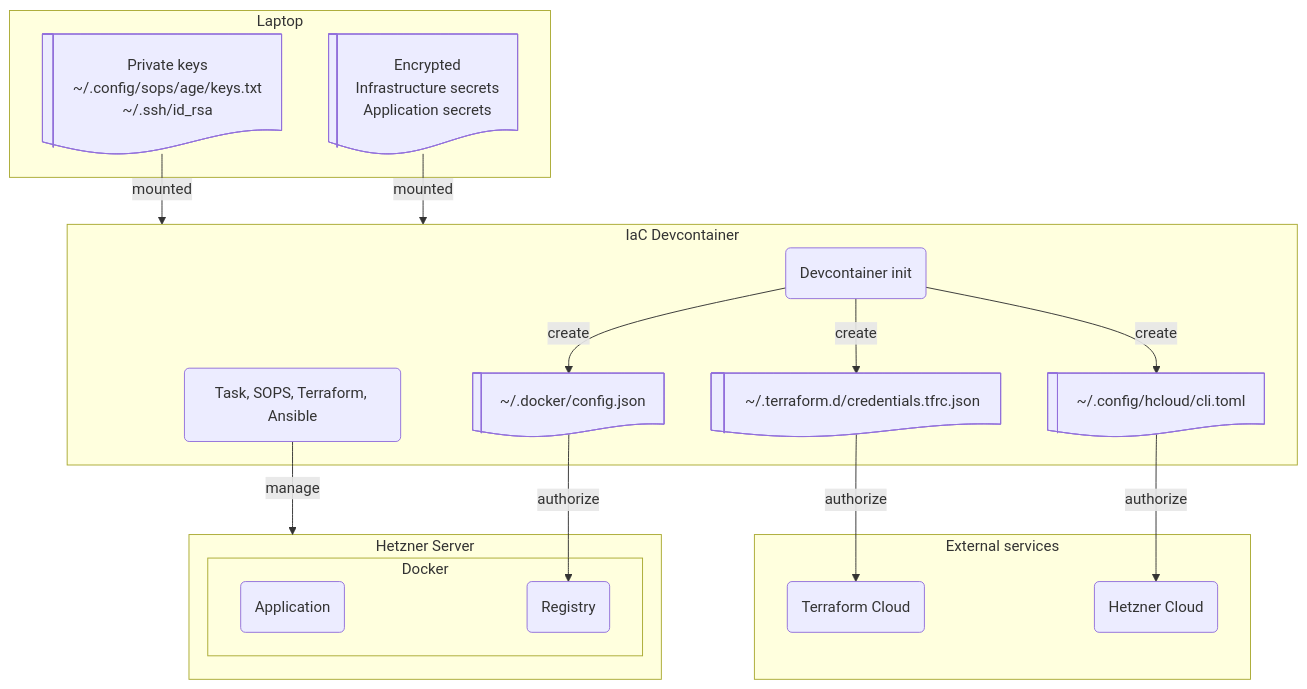
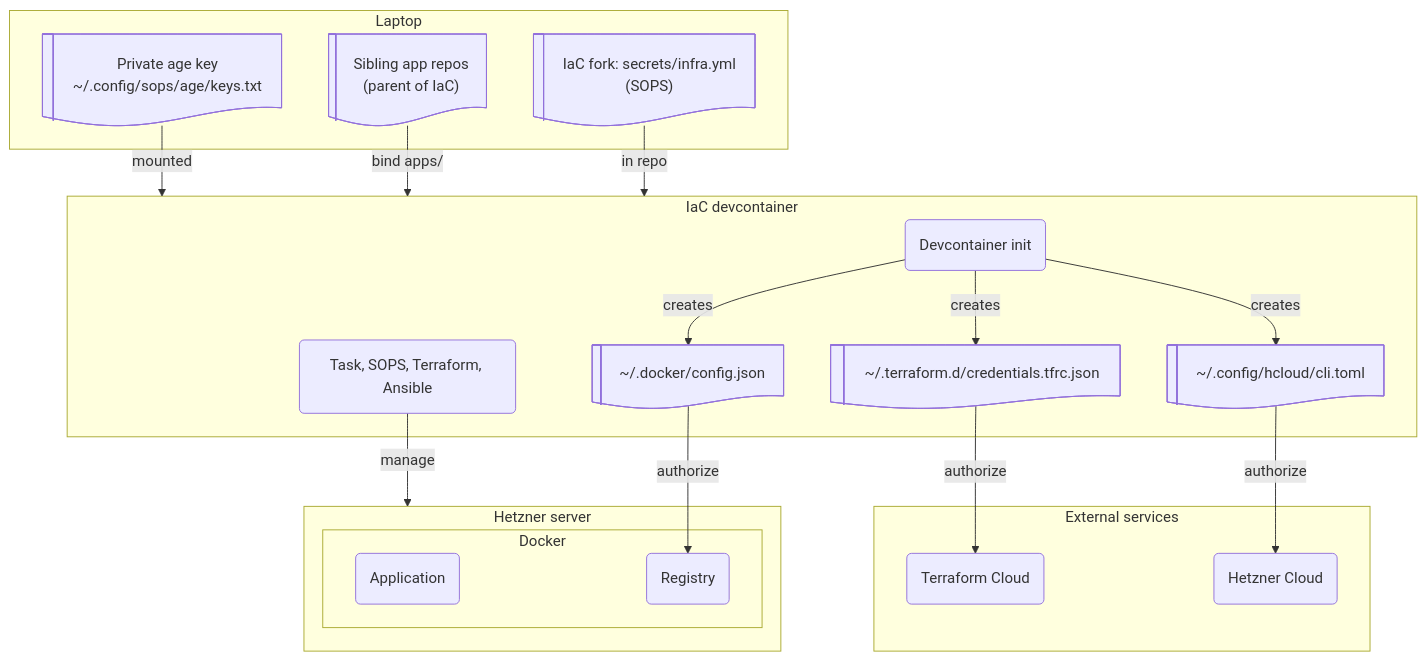
One commit to rednaw/iac changed the diagram in docs/launch-devcontainer.md. Above: the diagram before and after it, drawn with Mermaid. The commit also changed other lines of this file and 23 other files, not shown here.

````diff
--- a/docs/launch-devcontainer.md
+++ b/docs/launch-devcontainer.md
@@ -65,41 +54,42 @@
 ```mermaid
 flowchart TB
     subgraph HOST["Laptop"]
-        SECRETS@{ shape: lin-doc, label: "Private keys<br/>~/.config/sops/age/keys.txt<br/>~/.ssh/id_rsa" }
-        APP@{ shape: lin-doc, label: "Encrypted<br/>Infrastructure secrets<br/>Application secrets" }
+        SECRETS_KEY@{ shape: lin-doc, label: "Private age key<br/>~/.config/sops/age/keys.txt" }
+        APPS@{ shape: lin-doc, label: "Sibling app repos<br/>(parent of IaC)" }
+        FORK_SEC@{ shape: lin-doc, label: "IaC fork: secrets/infra.yml<br/>(SOPS)" }
     end
 
-    subgraph DEVCONTAINER["IaC Devcontainer"]
+    subgraph DEVCONTAINER["IaC devcontainer"]
         TOOLS(Task, SOPS, Terraform, Ansible)
         SETUP(Devcontainer init)
         DOCKER_CONFIG@{ shape: lin-doc, label: "~/.docker/config.json" }
         TF_CRED@{ shape: lin-doc, label: "~/.terraform.d/credentials.tfrc.json" }
         HCLOUD_CONFIG@{ shape: lin-doc, label: "~/.config/hcloud/cli.toml" }
     end
 
     subgraph EXTERNAL["External services"]
         TF_CLOUD(Terraform Cloud)
         HCLOUD(Hetzner Cloud)
     end
 
-    subgraph SERVER[Hetzner Server]
+    subgraph SERVER["Hetzner server"]
       subgraph DOCKER[Docker]
         APP_SERVICE(Application)
         REGISTRY(Registry)
       end
     end
 
+    SECRETS_KEY --->|mounted| DEVCONTAINER
+    APPS --->|bind apps/| DEVCONTAINER
+    FORK_SEC --->|in repo| DEVCONTAINER
 
-    SECRETS --->|mounted| DEVCONTAINER
-    APP --->|mounted| DEVCONTAINER
-
-    SETUP -->|create| DOCKER_CONFIG
-    SETUP -->|create| TF_CRED
-    SETUP -->|create| HCLOUD_CONFIG
+    SETUP -->|creates| DOCKER_CONFIG
+    SETUP -->|creates| TF_CRED
+    SETUP -->|creates| HCLOUD_CONFIG
 
     TOOLS -->|manage| SERVER
 
     DOCKER_CONFIG -->|authorize| REGISTRY
     TF_CRED -->|authorize| TF_CLOUD
     HCLOUD_CONFIG -->|authorize| HCLOUD
 ```
````
